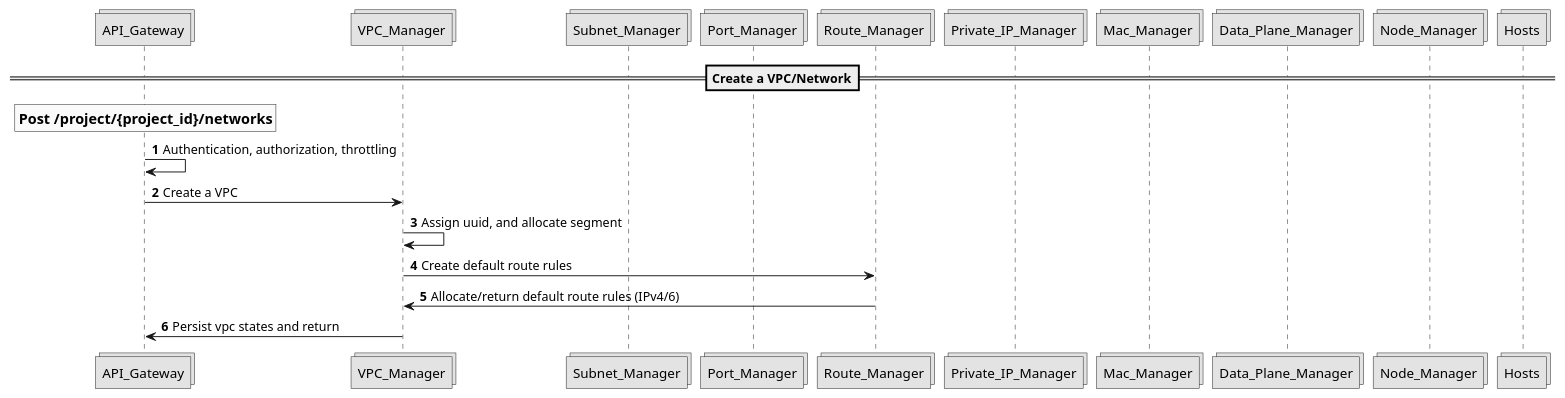
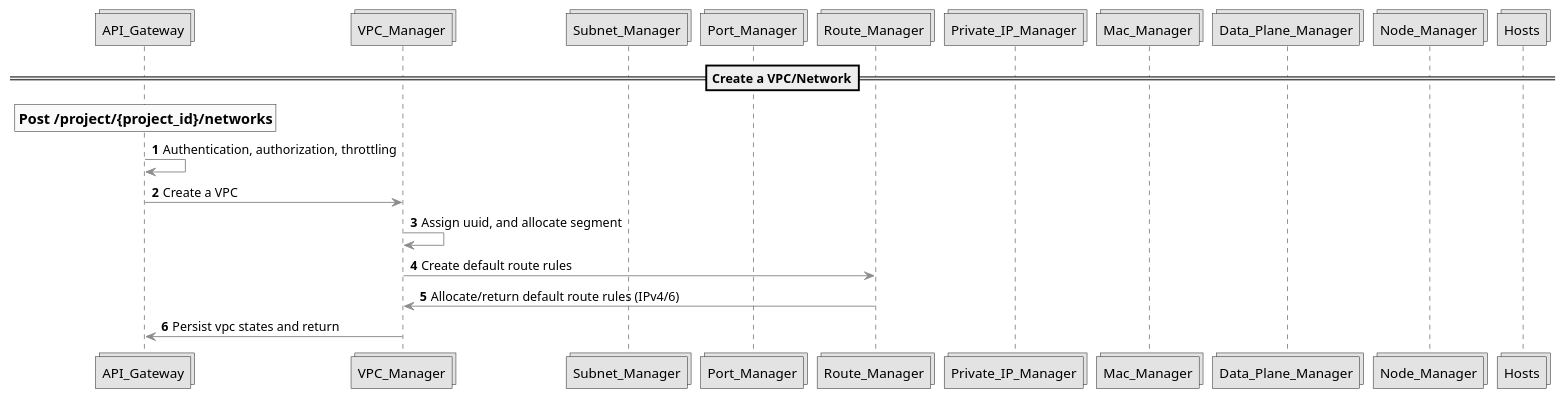
One commit to futurewei-cloud/alcor changed the diagram in docs/design/puml/template.puml. Above: the diagram before and after it, drawn with PlantUML. The commit also changed 5 other files, not shown here.

```diff
--- a/docs/design/puml/template.puml
+++ b/docs/design/puml/template.puml
@@ -1,39 +15,46 @@
 @startuml
 
-' Copyright 2019 The Alcor Authors.
+skinparam sequence {
+    ArrowColor DeepSkyBlue
+    ActorBorderColor DeepSkyBlue
+    LifeLineBorderColor blue
+    LifeLineBackgroundColor #A9DCDF
 
-' Licensed under the Apache License, Version 2.0 (the "License");
-'        you may not use this file except in compliance with the License.
-'        You may obtain a copy of the License at
+    ActorBackgroundColor aqua
+    ActorFontColor DeepSkyBlue
+    ActorFontSize 17
+    ActorFontName Aapex
 
-'        http://www.apache.org/licenses/LICENSE-2.0
+    CollectionsBorderColor #ff0000
+    CollectionsBackgroundColor DodgerBlue
 
-'        Unless required by applicable law or agreed to in writing, software
-'        distributed under the License is distributed on an "AS IS" BASIS,
-'        WITHOUT WARRANTIES OR CONDITIONS OF ANY KIND, either express or implied.
-'        See the License for the specific language governing permissions and
-'        limitations under the License.
-		
+    ParticipantBorderColor DeepSkyBlue
+    ParticipantBackgroundColor DodgerBlue
+    ParticipantFontName Impact
+    ParticipantFontSize 17
+    ParticipantFontColor #A9DCDF
+}
+
 skinparam monochrome true
 autonumber
 collections API_Gateway
 collections VPC_Manager
 collections Subnet_Manager
 collections Port_Manager
 collections Route_Manager
 collections Private_IP_Manager
 collections Mac_Manager
 collections Data_Plane_Manager
 collections Node_Manager
 collections Hosts
 
 ==Create a VPC/Network==
 rnote over API_Gateway: ==Post /project/{project_id}/networks
 API_Gateway -> API_Gateway: Authentication, authorization, throttling
 API_Gateway -> VPC_Manager: Create a VPC
 VPC_Manager -> VPC_Manager: Assign uuid, and allocate segment
 VPC_Manager -> Route_Manager: Create default route rules
 Route_Manager -> VPC_Manager: Allocate/return default route rules (IPv4/6)
 VPC_Manager -> API_Gateway: Persist vpc states and return
 
 @enduml
```
